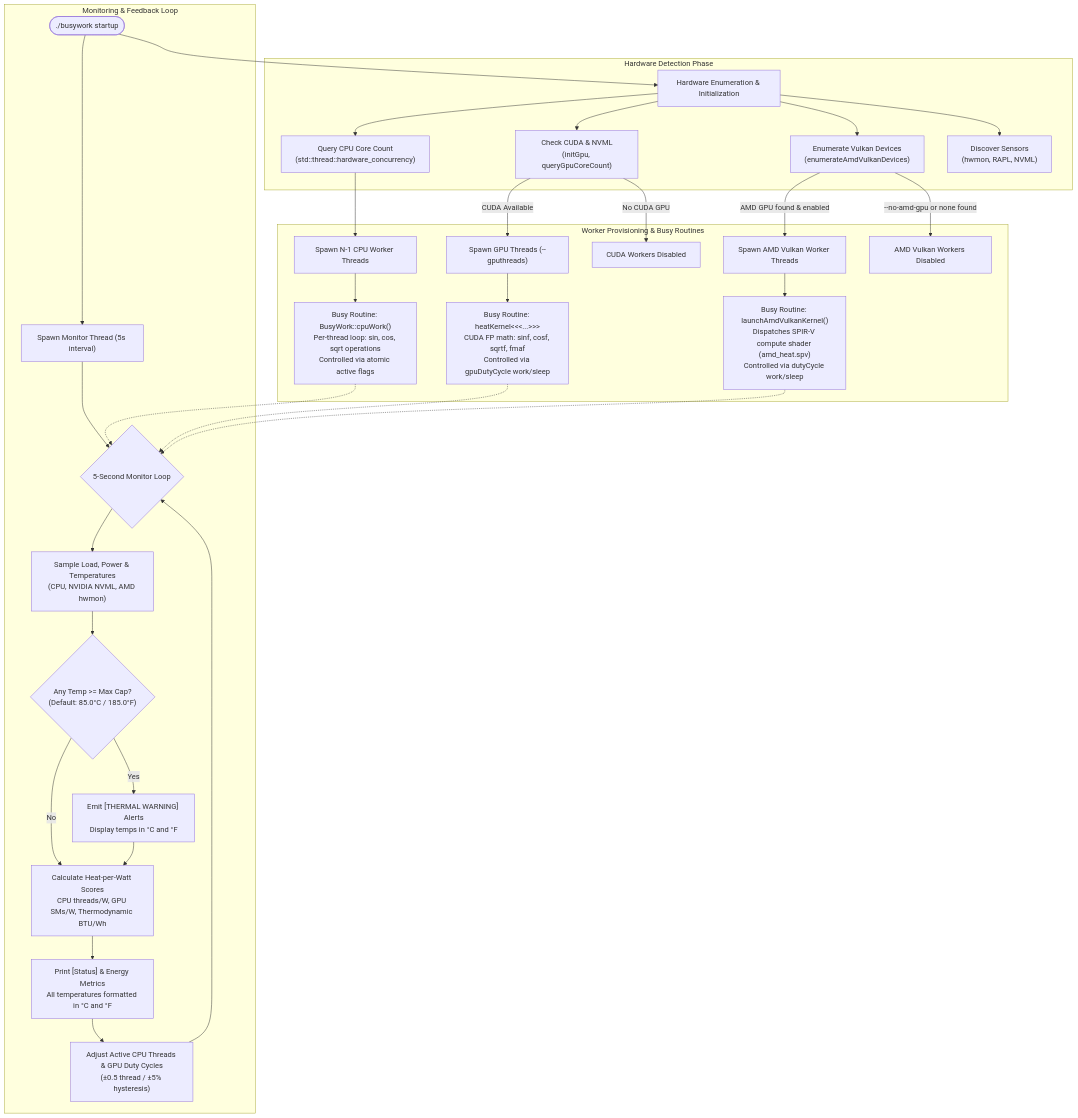
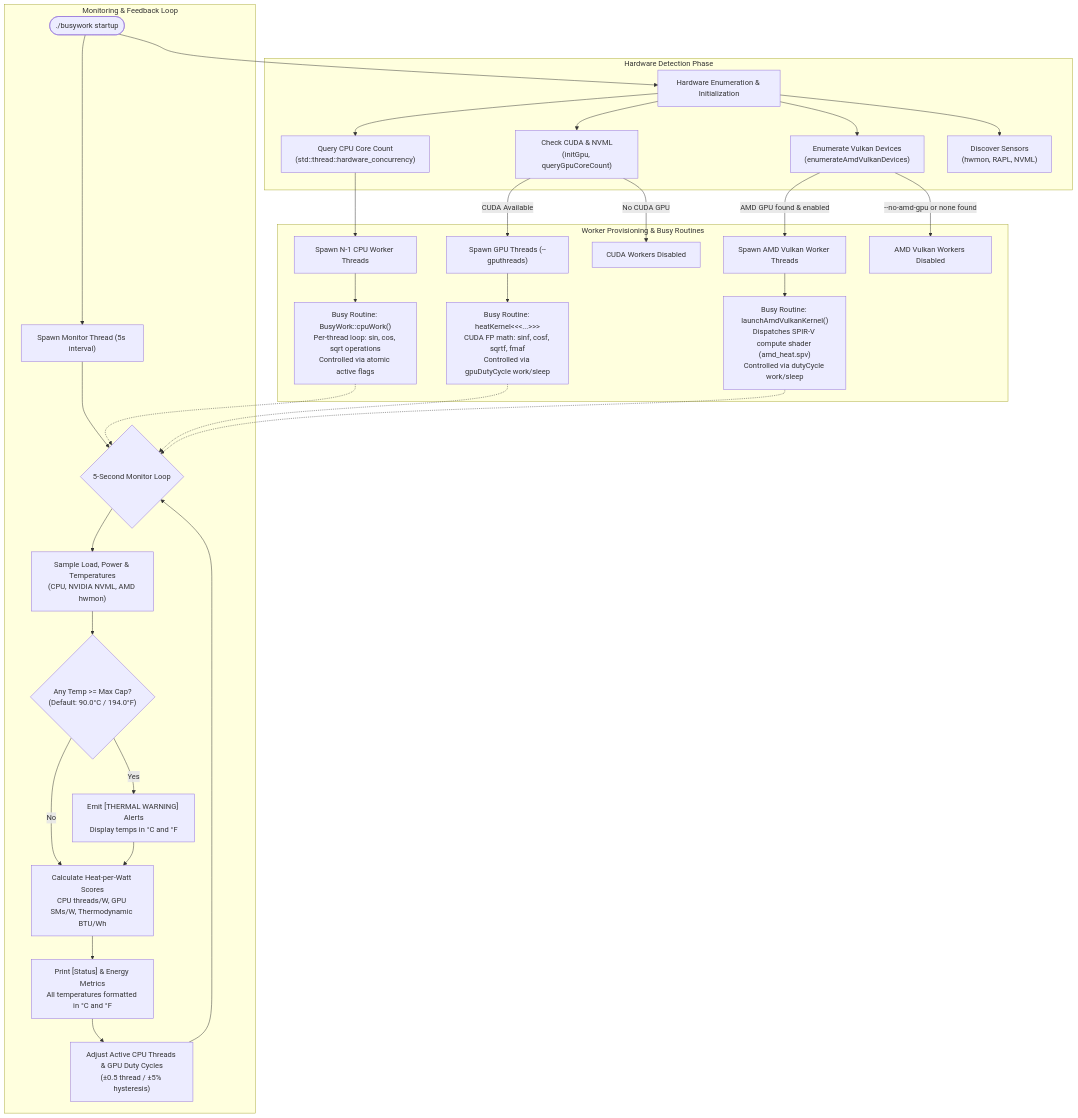
One commit to mcollard0/busywork changed the diagram in README.md. Above: the diagram before and after it, drawn with Mermaid. The commit also changed other lines of this file and 1 other file, not shown here.

Commit message:
Relaxed warning cap.

````diff
--- a/README.md
+++ b/README.md
@@ -47,42 +47,42 @@
 ```mermaid
 flowchart TD
     Start(["./busywork startup"]) --> DetectHardware["Hardware Enumeration & Initialization"]
 
     subgraph Detection["Hardware Detection Phase"]
         DetectHardware --> DetectCPU["Query CPU Core Count<br/>(std::thread::hardware_concurrency)"]
         DetectHardware --> DetectCUDA["Check CUDA & NVML<br/>(initGpu, queryGpuCoreCount)"]
         DetectHardware --> DetectVulkan["Enumerate Vulkan Devices<br/>(enumerateAmdVulkanDevices)"]
         DetectHardware --> DetectSensors["Discover Sensors<br/>(hwmon, RAPL, NVML)"]
     end
 
     subgraph Workers["Worker Provisioning & Busy Routines"]
         DetectCPU --> SpawnCPU["Spawn N-1 CPU Worker Threads"]
         SpawnCPU --> RoutineCPU["Busy Routine: BusyWork::cpuWork()<br/>Per-thread loop: sin, cos, sqrt operations<br/>Controlled via atomic active flags"]
 
         DetectCUDA -- "CUDA Available" --> SpawnCUDA["Spawn GPU Threads (--gputhreads)"]
         DetectCUDA -- "No CUDA GPU" --> SkipCUDA["CUDA Workers Disabled"]
         SpawnCUDA --> RoutineCUDA["Busy Routine: heatKernel<<<...>>><br/>CUDA FP math: sinf, cosf, sqrtf, fmaf<br/>Controlled via gpuDutyCycle work/sleep"]
 
         DetectVulkan -- "AMD GPU found & enabled" --> SpawnAMD["Spawn AMD Vulkan Worker Threads"]
         DetectVulkan -- "--no-amd-gpu or none found" --> SkipAMD["AMD Vulkan Workers Disabled"]
         SpawnAMD --> RoutineAMD["Busy Routine: launchAmdVulkanKernel()<br/>Dispatches SPIR-V compute shader (amd_heat.spv)<br/>Controlled via dutyCycle work/sleep"]
     end
 
     subgraph Monitor["Monitoring & Feedback Loop"]
         Start --> SpawnMonitor["Spawn Monitor Thread (5s interval)"]
         SpawnMonitor --> MonitorLoop{"5-Second Monitor Loop"}
 
         RoutineCPU -.-> MonitorLoop
         RoutineCUDA -.-> MonitorLoop
         RoutineAMD -.-> MonitorLoop
 
         MonitorLoop --> SampleMetrics["Sample Load, Power & Temperatures<br/>(CPU, NVIDIA NVML, AMD hwmon)"]
-        SampleMetrics --> CheckThermal{"Any Temp >= Max Cap?<br/>(Default: 85.0°C / 185.0°F)"}
+        SampleMetrics --> CheckThermal{"Any Temp >= Max Cap?<br/>(Default: 90.0°C / 194.0°F)"}
         CheckThermal -- "Yes" --> EmitWarning["Emit [THERMAL WARNING] Alerts<br/>Display temps in °C and °F"]
         CheckThermal -- "No" --> CalcScores["Calculate Heat-per-Watt Scores<br/>CPU threads/W, GPU SMs/W, Thermodynamic BTU/Wh"]
         EmitWarning --> CalcScores
         CalcScores --> PrintStatus["Print [Status] & Energy Metrics<br/>All temperatures formatted in °C and °F"]
         PrintStatus --> Feedback["Adjust Active CPU Threads & GPU Duty Cycles<br/>(±0.5 thread / ±5% hysteresis)"]
         Feedback --> MonitorLoop
     end
 ```
````
